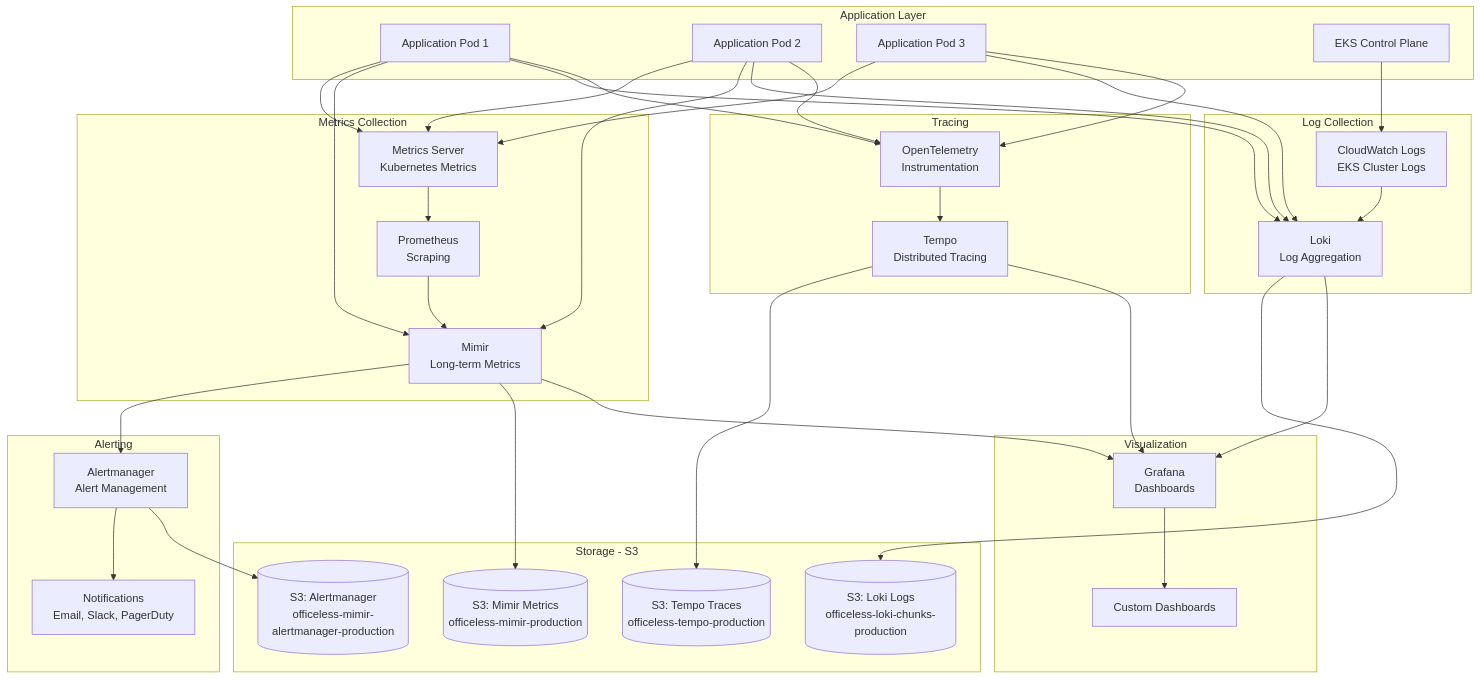
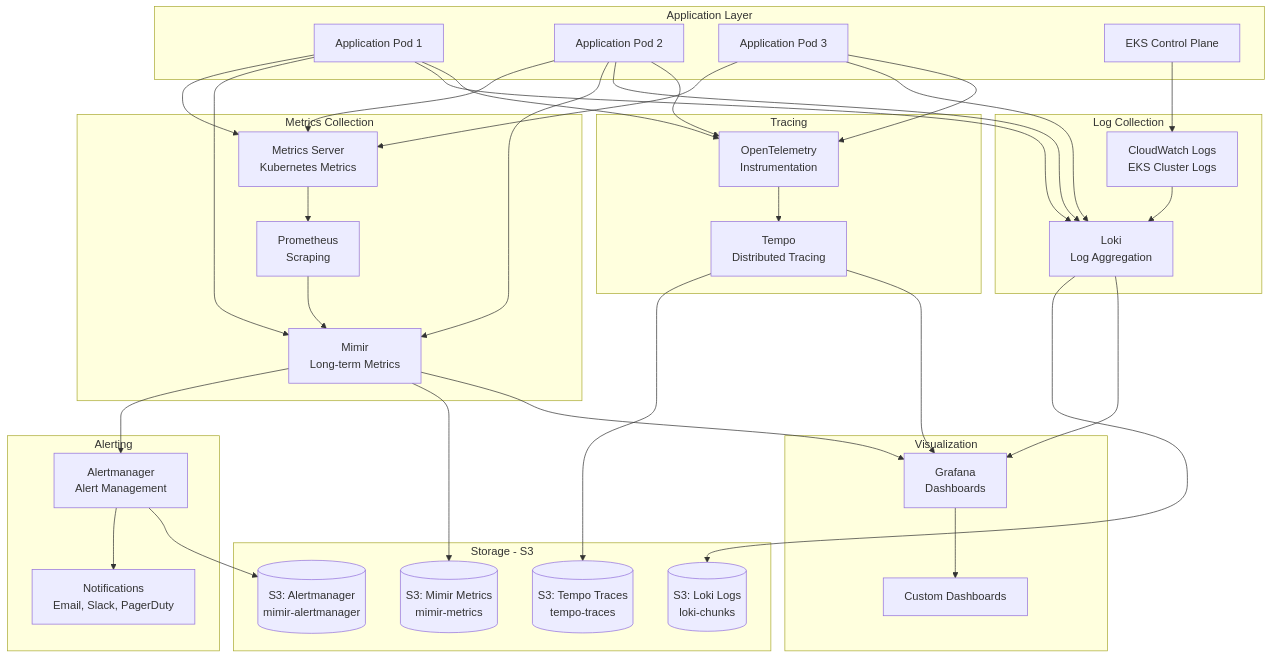
The diagram in docs/06-observability.md (officeless-platform/officeless-platform), drawn with Mermaid before and after one commit. The commit also changed other lines of this file and 11 other files, not shown here.

````diff
--- a/docs/06-observability.md
+++ b/docs/06-observability.md
@@ -15,75 +15,75 @@
 ```mermaid
 graph TB
     subgraph "Application Layer"
         App1[Application Pod 1]
         App2[Application Pod 2]
         App3[Application Pod 3]
         EKS_Cluster[EKS Control Plane]
     end
     
     subgraph "Metrics Collection"
         MetricsServer[Metrics Server<br/>Kubernetes Metrics]
         Mimir[Mimir<br/>Long-term Metrics]
         Prometheus[Prometheus<br/>Scraping]
     end
     
     subgraph "Log Collection"
         Loki[Loki<br/>Log Aggregation]
         CloudWatch[CloudWatch Logs<br/>EKS Cluster Logs]
     end
     
     subgraph "Tracing"
         Tempo[Tempo<br/>Distributed Tracing]
         OpenTelemetry[OpenTelemetry<br/>Instrumentation]
     end
     
     subgraph "Alerting"
         Alertmanager[Alertmanager<br/>Alert Management]
         Notifications[Notifications<br/>Email, Slack, PagerDuty]
     end
     
     subgraph "Storage - S3"
-        S3_Mimir[(S3: Mimir Metrics<br/>officeless-mimir-production)]
-        S3_Loki[(S3: Loki Logs<br/>officeless-loki-chunks-production)]
-        S3_Tempo[(S3: Tempo Traces<br/>officeless-tempo-production)]
-        S3_Alert[(S3: Alertmanager<br/>officeless-mimir-alertmanager-production)]
+        S3_Mimir[(S3: Mimir Metrics<br/>mimir-metrics)]
+        S3_Loki[(S3: Loki Logs<br/>loki-chunks)]
+        S3_Tempo[(S3: Tempo Traces<br/>tempo-traces)]
+        S3_Alert[(S3: Alertmanager<br/>mimir-alertmanager)]
     end
     
     subgraph "Visualization"
         Grafana[Grafana<br/>Dashboards]
         Dashboards[Custom Dashboards]
     end
     
     App1 --> MetricsServer
     App2 --> MetricsServer
     App3 --> MetricsServer
     EKS_Cluster --> CloudWatch
     
     MetricsServer --> Prometheus
     Prometheus --> Mimir
     App1 --> Mimir
     App2 --> Mimir
     
     App1 --> Loki
     App2 --> Loki
     App3 --> Loki
     CloudWatch --> Loki
     
     App1 --> OpenTelemetry
     App2 --> OpenTelemetry
     App3 --> OpenTelemetry
     OpenTelemetry --> Tempo
     
     Mimir --> Alertmanager
     Alertmanager --> Notifications
     
     Mimir --> S3_Mimir
     Loki --> S3_Loki
     Tempo --> S3_Tempo
     Alertmanager --> S3_Alert
     
     Mimir --> Grafana
     Loki --> Grafana
     Tempo --> Grafana
     Grafana --> Dashboards
 ```
````
